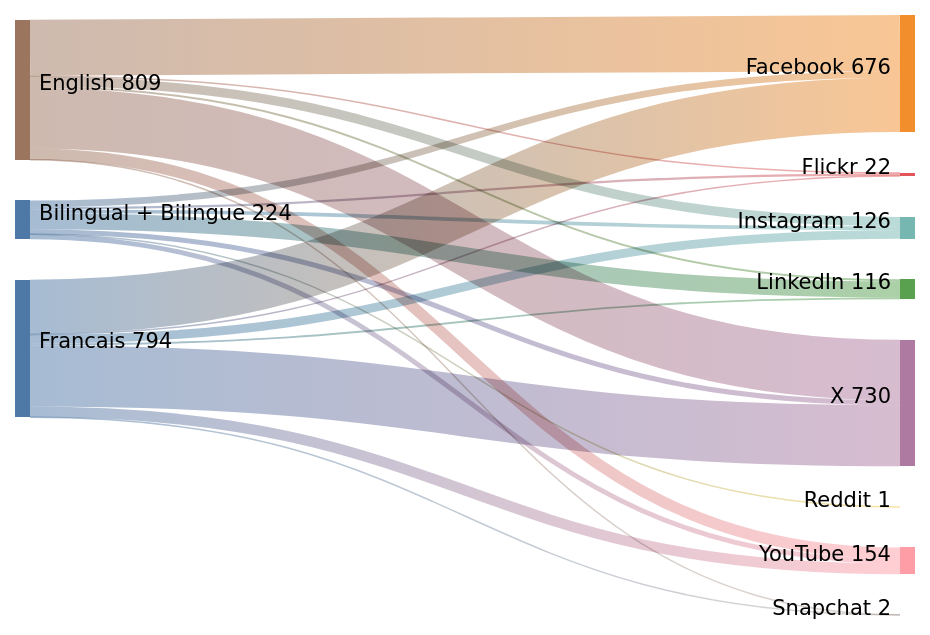
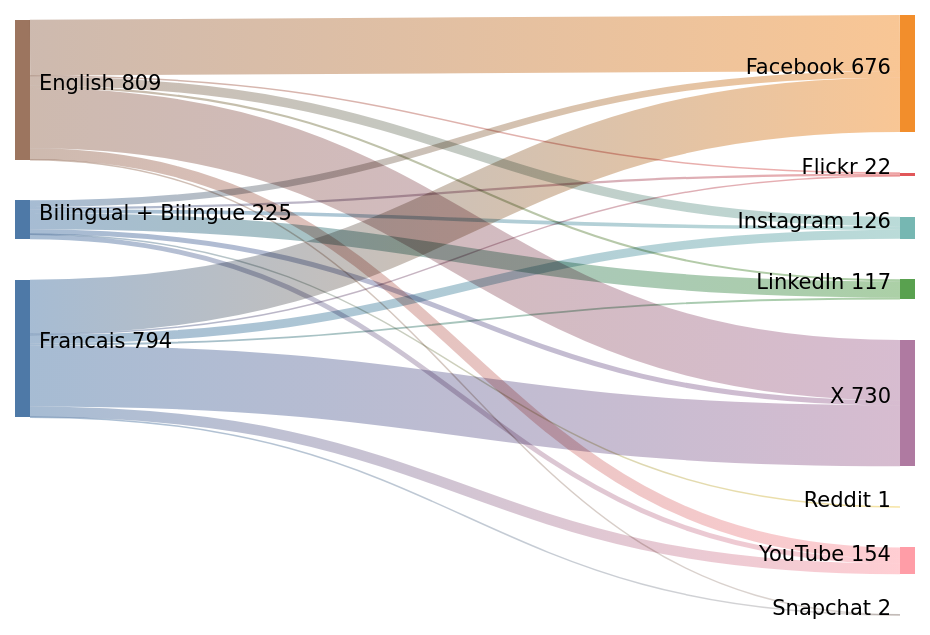
One commit to PatLittle/GC-Socials changed the diagram in sankey_diagram.md. Above: the diagram before and after it, drawn with Mermaid (forest theme).

Commit message:
Update Sankey diagram for the most recent day

````diff
--- a/sankey_diagram.md
+++ b/sankey_diagram.md
@@ -1,24 +1,24 @@
 ```mermaid
 sankey-beta
   Bilingual + Bilingue,Facebook,39
   Bilingual + Bilingue,Flickr,13
   Bilingual + Bilingue,Instagram,21
-  Bilingual + Bilingue,LinkedIn,93
+  Bilingual + Bilingue,LinkedIn,94
   Bilingual + Bilingue,Reddit,1
   Bilingual + Bilingue,X,29
   Bilingual + Bilingue,YouTube,28
   English,Facebook,323
   English,Flickr,5
   English,Instagram,54
   English,LinkedIn,12
   English,Snapchat,1
   English,X,349
   English,YouTube,65
   Francais,Facebook,314
   Francais,Flickr,4
   Francais,Instagram,51
   Francais,LinkedIn,11
   Francais,Snapchat,1
   Francais,X,352
   Francais,YouTube,61
 ```
````
